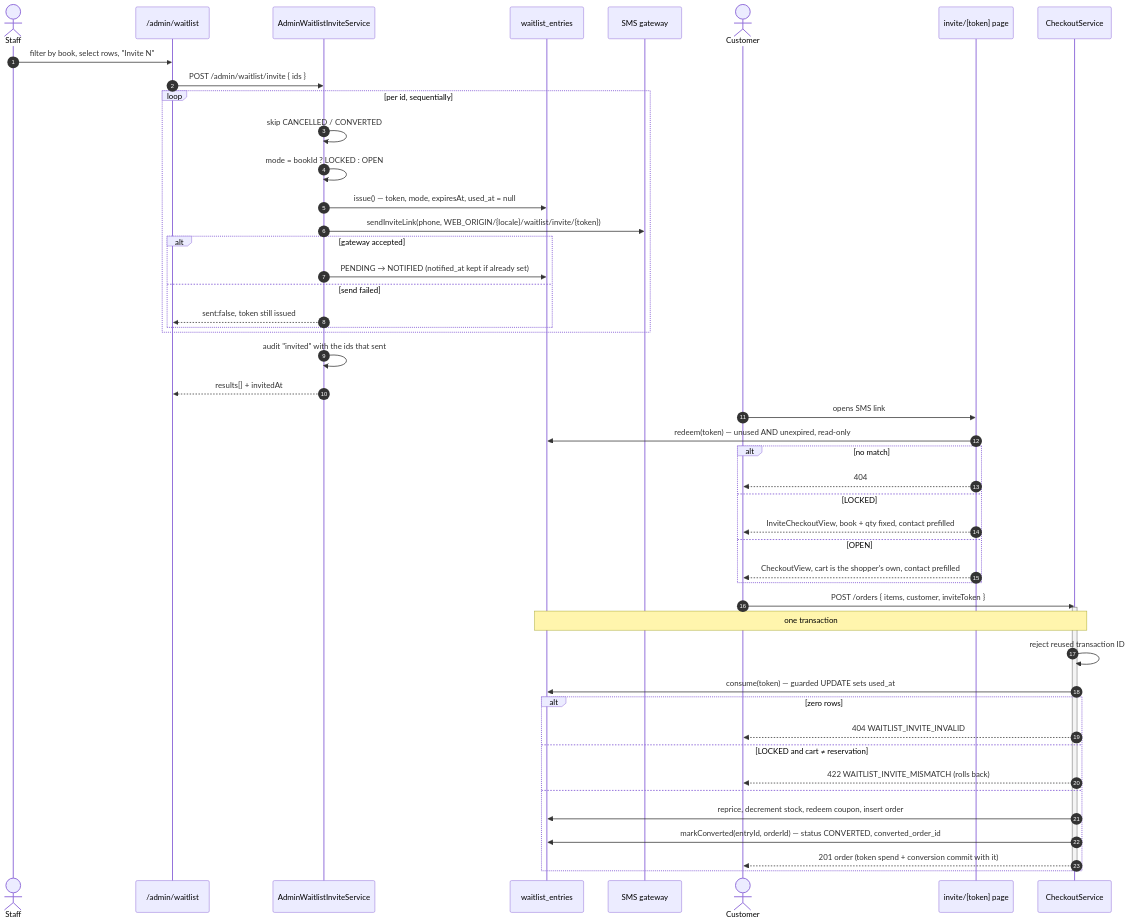
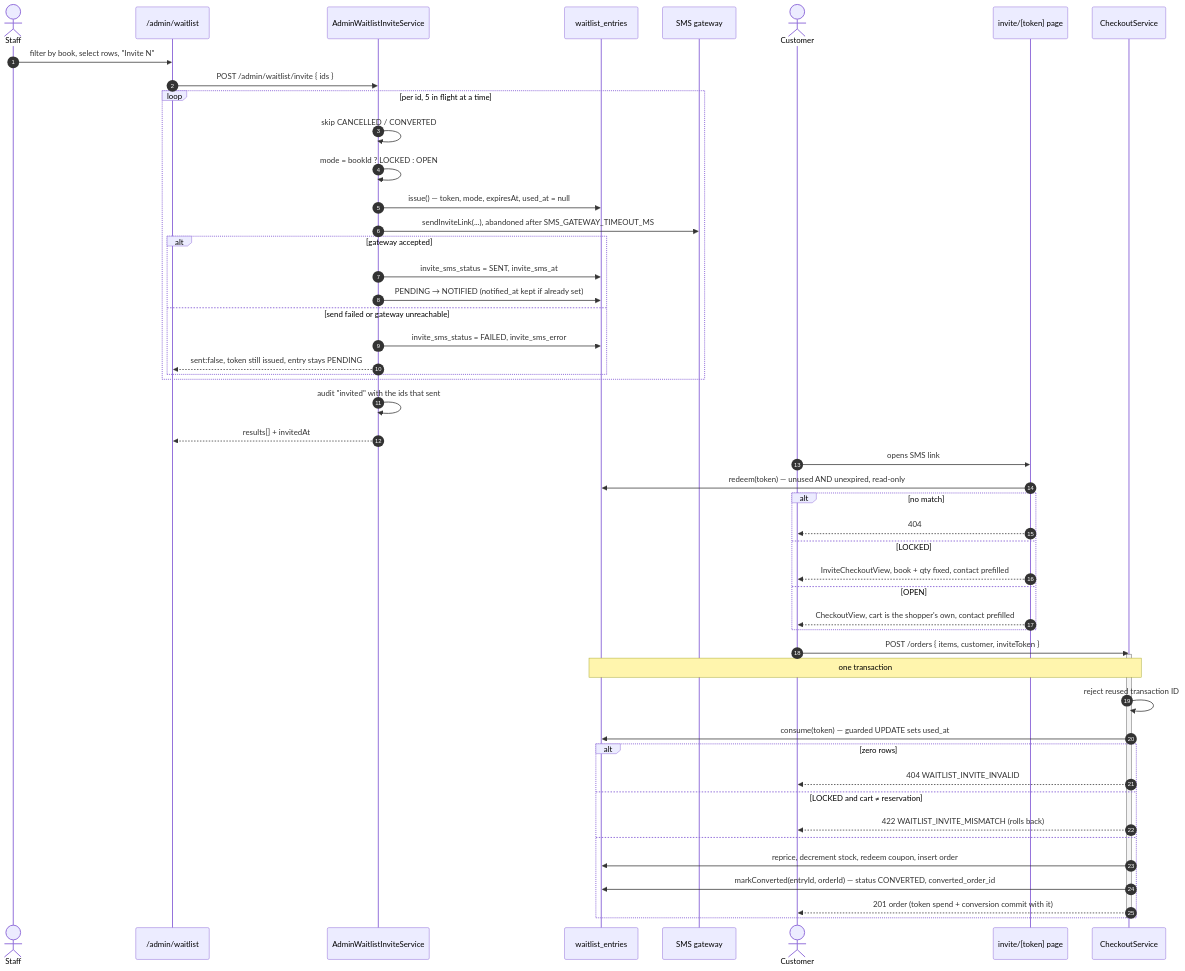
The second of 3 diagrams in docs/waitlist-invite-flow.md (mrahmann0010/Sakura-Book), drawn with Mermaid before and after one commit. The commit also changed other lines of this file and 16 other files, not shown here.

````diff
--- a/docs/waitlist-invite-flow.md
+++ b/docs/waitlist-invite-flow.md
@@ -56,54 +56,56 @@
 ```mermaid
 sequenceDiagram
   autonumber
   actor Staff
   participant Panel as /admin/waitlist
   participant Api as AdminWaitlistInviteService
   participant Db as waitlist_entries
   participant Gw as SMS gateway
   actor Cust as Customer
   participant Page as invite/[token] page
   participant Co as CheckoutService
 
   Staff->>Panel: filter by book, select rows, "Invite N"
   Panel->>Api: POST /admin/waitlist/invite { ids }
-  loop per id, sequentially
+  loop per id, 5 in flight at a time
     Api->>Api: skip CANCELLED / CONVERTED
     Api->>Api: mode = bookId ? LOCKED : OPEN
     Api->>Db: issue() — token, mode, expiresAt, used_at = null
-    Api->>Gw: sendInviteLink(phone, WEB_ORIGIN/{locale}/waitlist/invite/{token})
+    Api->>Gw: sendInviteLink(...), abandoned after SMS_GATEWAY_TIMEOUT_MS
     alt gateway accepted
+      Api->>Db: invite_sms_status = SENT, invite_sms_at
       Api->>Db: PENDING → NOTIFIED (notified_at kept if already set)
-    else send failed
-      Api-->>Panel: sent:false, token still issued
+    else send failed or gateway unreachable
+      Api->>Db: invite_sms_status = FAILED, invite_sms_error
+      Api-->>Panel: sent:false, token still issued, entry stays PENDING
     end
   end
   Api->>Api: audit "invited" with the ids that sent
   Api-->>Panel: results[] + invitedAt
 
   Cust->>Page: opens SMS link
   Page->>Db: redeem(token) — unused AND unexpired, read-only
   alt no match
     Page-->>Cust: 404
   else LOCKED
     Page-->>Cust: InviteCheckoutView, book + qty fixed, contact prefilled
   else OPEN
     Page-->>Cust: CheckoutView, cart is the shopper's own, contact prefilled
   end
 
   Cust->>Co: POST /orders { items, customer, inviteToken }
   activate Co
   Note over Co,Db: one transaction
   Co->>Co: reject reused transaction ID
   Co->>Db: consume(token) — guarded UPDATE sets used_at
   alt zero rows
     Co-->>Cust: 404 WAITLIST_INVITE_INVALID
   else LOCKED and cart ≠ reservation
     Co-->>Cust: 422 WAITLIST_INVITE_MISMATCH (rolls back)
   else
     Co->>Db: reprice, decrement stock, redeem coupon, insert order
     Co->>Db: markConverted(entryId, orderId) — status CONVERTED, converted_order_id
     Co-->>Cust: 201 order (token spend + conversion commit with it)
   end
   deactivate Co
 ```
````
